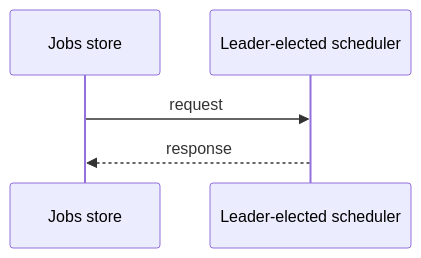
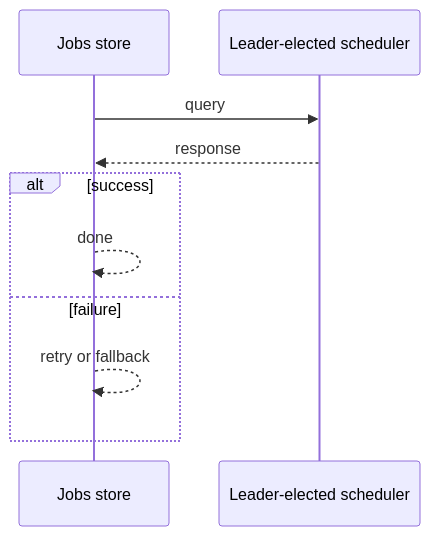
The second of 3 diagrams in case-studies/advanced/distributed-scheduler.md (RIT-MESH/system-design-mastery), drawn with Mermaid before and after one commit. The commit also changed other lines of this file and 215 other files, not shown here.

First line of the commit message:
Complete all remaining work: expand case studies, add 13 AI case studies, fix diagrams, status to Complete

````diff
--- a/case-studies/advanced/distributed-scheduler.md
+++ b/case-studies/advanced/distributed-scheduler.md
@@ -125,8 +152,13 @@
 ```mermaid
 %% created-for: system-design-mastery
 sequenceDiagram
   participant P0 as Jobs store
   participant P1 as Leader-elected scheduler
-  P0 ->> P1: request
+  P0 ->> P1: query
   P1 -->> P0: response
+  alt success
+    P0 -->> P0: done
+  else failure
+    P0 -->> P0: retry or fallback
+  end
 ```
````
